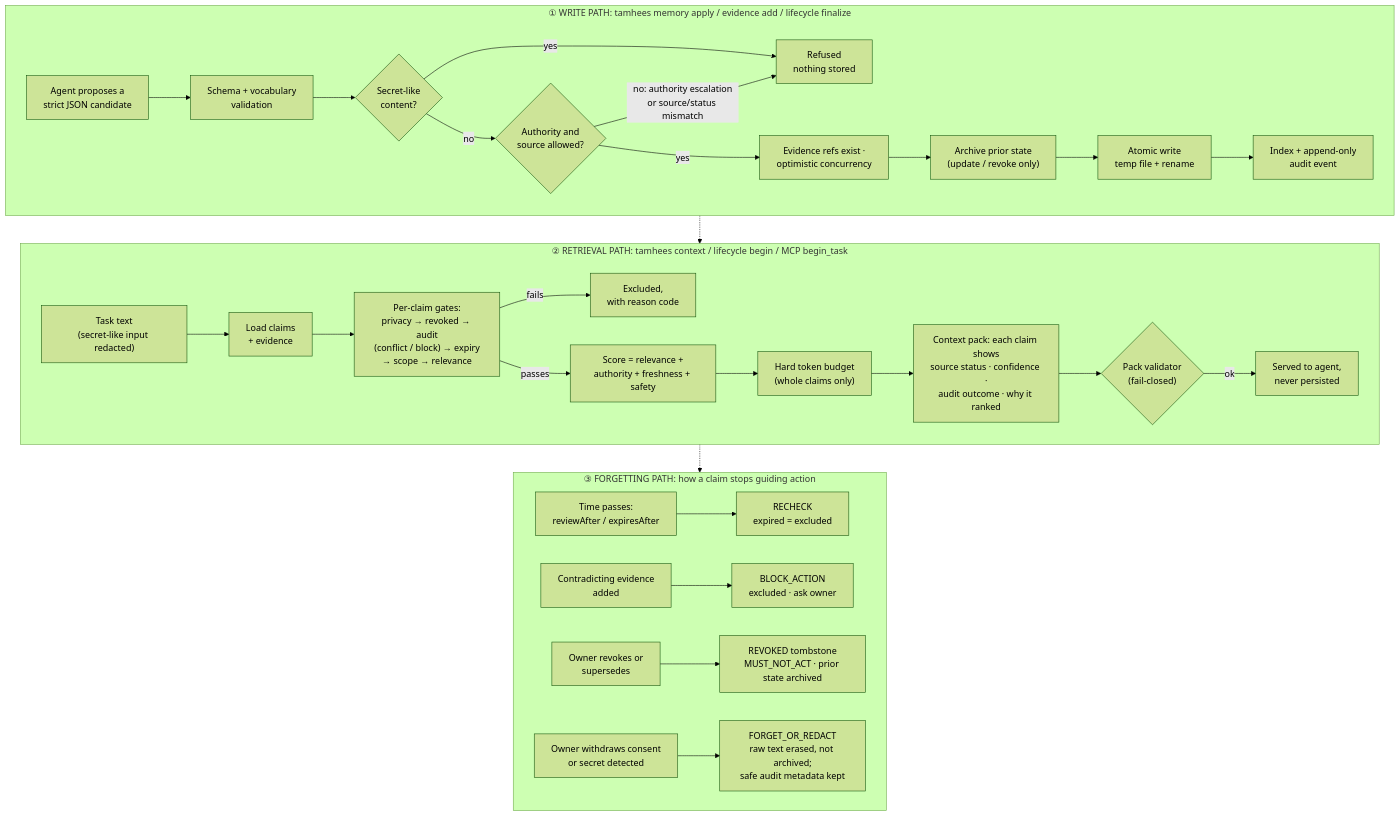
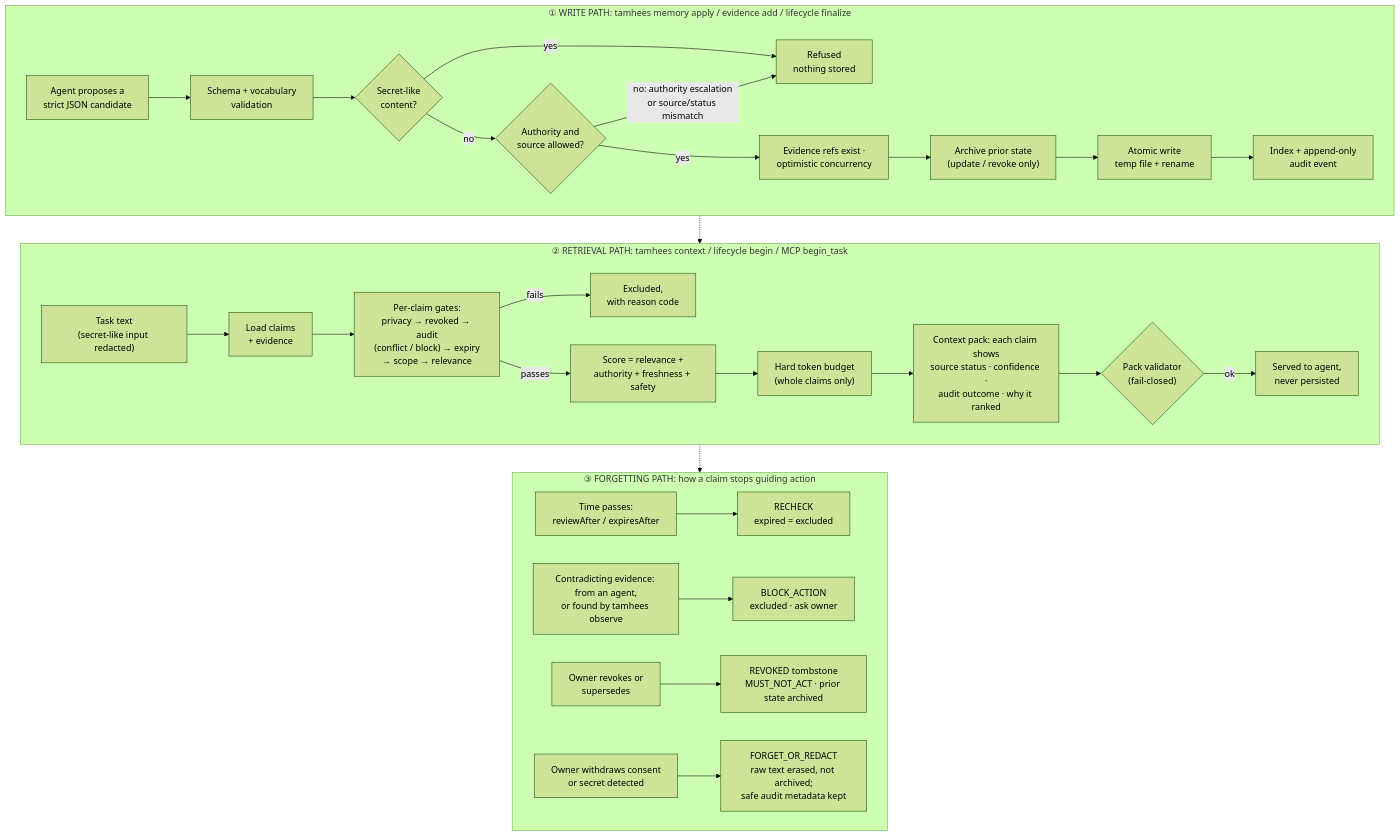
One commit to weweb12/tamhees changed the diagram in docs/ARCHITECTURE_SNAPSHOT.md. Above: the diagram before and after it, drawn with Mermaid (forest theme). The commit also changed other lines of this file and 11 other files, not shown here.

First line of the commit message:
Add tamhees observe: detect contradicted memories from the repository

````diff
--- a/docs/ARCHITECTURE_SNAPSHOT.md
+++ b/docs/ARCHITECTURE_SNAPSHOT.md
@@ -17,38 +17,38 @@
 ```mermaid
 flowchart TB
   subgraph W["① WRITE PATH: tamhees memory apply / evidence add / lifecycle finalize"]
     direction LR
     W1["Agent proposes a<br/>strict JSON candidate"] --> W2["Schema + vocabulary<br/>validation"]
     W2 --> W3{"Secret-like<br/>content?"}
     W3 -- yes --> WX["Refused<br/>nothing stored"]
     W3 -- no --> W4{"Authority and<br/>source allowed?"}
     W4 -- "no: authority escalation<br/>or source/status mismatch" --> WX
     W4 -- yes --> W5["Evidence refs exist ·<br/>optimistic concurrency"]
     W5 --> W6["Archive prior state<br/>(update / revoke only)"]
     W6 --> W7["Atomic write<br/>temp file + rename"]
     W7 --> W8["Index + append-only<br/>audit event"]
   end
 
   subgraph R["② RETRIEVAL PATH: tamhees context / lifecycle begin / MCP begin_task"]
     direction LR
     R1["Task text<br/>(secret-like input redacted)"] --> R2["Load claims<br/>+ evidence"]
     R2 --> R3["Per-claim gates:<br/>privacy → revoked → audit<br/>(conflict / block) → expiry<br/>→ scope → relevance"]
     R3 -- fails --> RX["Excluded,<br/>with reason code"]
     R3 -- passes --> R4["Score = relevance +<br/>authority + freshness + safety"]
     R4 --> R5["Hard token budget<br/>(whole claims only)"]
     R5 --> R6["Context pack: each claim shows<br/>source status · confidence ·<br/>audit outcome · why it ranked"]
     R6 --> R7{"Pack validator<br/>(fail-closed)"}
     R7 -- ok --> R8["Served to agent,<br/>never persisted"]
   end
 
   subgraph F["③ FORGETTING PATH: how a claim stops guiding action"]
     direction LR
     F1["Time passes:<br/>reviewAfter / expiresAfter"] --> F1o["RECHECK<br/>expired = excluded"]
-    F2["Contradicting evidence<br/>added"] --> F2o["BLOCK_ACTION<br/>excluded · ask owner"]
+    F2["Contradicting evidence: from an agent,<br/>or found by tamhees observe"] --> F2o["BLOCK_ACTION<br/>excluded · ask owner"]
     F3["Owner revokes or<br/>supersedes"] --> F3o["REVOKED tombstone<br/>MUST_NOT_ACT · prior state archived"]
     F4["Owner withdraws consent<br/>or secret detected"] --> F4o["FORGET_OR_REDACT<br/>raw text erased, not archived;<br/>safe audit metadata kept"]
   end
 
   W8 -.-> R2
   RX -.-> F
 ```
````
